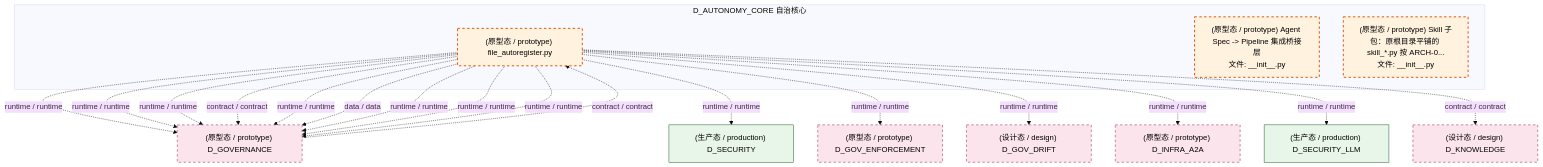
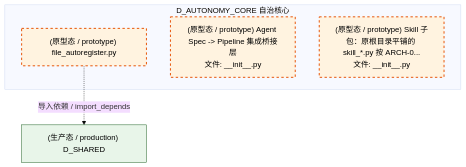
Before and after one commit to xuanFelixVan/ZephyrAlpha: the sixth of 7 diagrams in docs/02_enterprise_architecture/02_domain_architecture_docs/07_d_autonomy_core.md, drawn with Mermaid (base theme). The commit also changed other lines of this file and 100 other files, not shown here.

````diff
--- a/docs/02_enterprise_architecture/02_domain_architecture_docs/07_d_autonomy_core.md
+++ b/docs/02_enterprise_architecture/02_domain_architecture_docs/07_d_autonomy_core.md
@@ -721,38 +705,16 @@
 ```mermaid
 graph TD
     subgraph D_AUTONOMY_CORE["D_AUTONOMY_CORE 自治核心"]
         src_zephyr_autonomy_core_file_autoregister_py["(原型态 / prototype) file_autoregister.py"]
         src_zephyr_autonomy_core_integration_init_py["(原型态 / prototype) Agent Spec -> Pipeline 集成桥接层<br/>文件: __init__.py"]
         src_zephyr_autonomy_core_skills_init_py["(原型态 / prototype) Skill 子包：原根目录平铺的 skill_*.py 按 ARCH-0...<br/>文件: __init__.py"]
     end
-    D_GOVERNANCE["(原型态 / prototype) D_GOVERNANCE"]
-    src_zephyr_autonomy_core_file_autoregister_py -.->|runtime / runtime| D_GOVERNANCE
-    src_zephyr_autonomy_core_file_autoregister_py -.->|runtime / runtime| D_GOVERNANCE
-    src_zephyr_autonomy_core_file_autoregister_py -.->|runtime / runtime| D_GOVERNANCE
-    D_SECURITY["(生产态 / production) D_SECURITY"]
-    src_zephyr_autonomy_core_file_autoregister_py -.->|runtime / runtime| D_SECURITY
-    D_GOV_ENFORCEMENT["(原型态 / prototype) D_GOV_ENFORCEMENT"]
-    src_zephyr_autonomy_core_file_autoregister_py -.->|runtime / runtime| D_GOV_ENFORCEMENT
-    D_GOV_DRIFT["(设计态 / design) D_GOV_DRIFT"]
-    src_zephyr_autonomy_core_file_autoregister_py -.->|runtime / runtime| D_GOV_DRIFT
-    D_INFRA_A2A["(原型态 / prototype) D_INFRA_A2A"]
-    src_zephyr_autonomy_core_file_autoregister_py -.->|runtime / runtime| D_INFRA_A2A
-    src_zephyr_autonomy_core_file_autoregister_py -.->|contract / contract| D_GOVERNANCE
-    src_zephyr_autonomy_core_file_autoregister_py -.->|runtime / runtime| D_GOVERNANCE
-    src_zephyr_autonomy_core_file_autoregister_py -.->|data / data| D_GOVERNANCE
-    D_SECURITY_LLM["(生产态 / production) D_SECURITY_LLM"]
-    src_zephyr_autonomy_core_file_autoregister_py -.->|runtime / runtime| D_SECURITY_LLM
-    src_zephyr_autonomy_core_file_autoregister_py -.->|runtime / runtime| D_GOVERNANCE
-    src_zephyr_autonomy_core_file_autoregister_py -.->|runtime / runtime| D_GOVERNANCE
-    src_zephyr_autonomy_core_file_autoregister_py -.->|runtime / runtime| D_GOVERNANCE
-    D_KNOWLEDGE["(设计态 / design) D_KNOWLEDGE"]
-    src_zephyr_autonomy_core_file_autoregister_py -.->|contract / contract| D_KNOWLEDGE
-    D_GOVERNANCE -.->|contract / contract| src_zephyr_autonomy_core_file_autoregister_py
+    D_SHARED["(生产态 / production) D_SHARED"]
+    src_zephyr_autonomy_core_file_autoregister_py -.->|导入依赖 / import_depends| D_SHARED
     classDef production fill:#e1f5fe,stroke:#01579b,stroke-width:2px,color:#000
     classDef design fill:#fff3e0,stroke:#e65100,stroke-width:2px,color:#000,stroke-dasharray: 5 5
     classDef external_prod fill:#e8f5e9,stroke:#1b5e20,stroke-width:1px,color:#000
     classDef external_design fill:#fce4ec,stroke:#880e4f,stroke-width:1px,color:#000,stroke-dasharray: 5 5
     class src_zephyr_autonomy_core_file_autoregister_py,src_zephyr_autonomy_core_integration_init_py,src_zephyr_autonomy_core_skills_init_py design
-    class D_SECURITY,D_SECURITY_LLM external_prod
-    class D_GOVERNANCE,D_GOV_ENFORCEMENT,D_GOV_DRIFT,D_INFRA_A2A,D_KNOWLEDGE external_design
+    class D_SHARED external_prod
 ```
````
